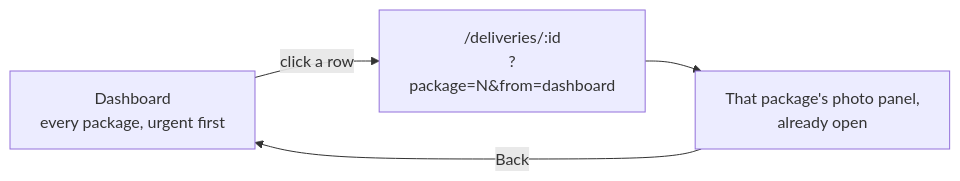
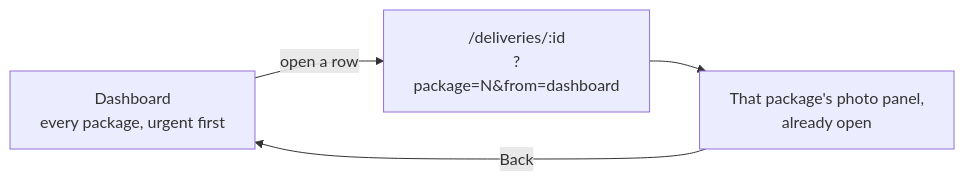
Before and after one commit to OmriGawi/package-protection: the fifth of 6 diagrams in docs/user-flows.md, drawn with Mermaid. The commit also changed other lines of this file and 13 other files, not shown here.

````diff
--- a/docs/user-flows.md
+++ b/docs/user-flows.md
@@ -118,6 +126,6 @@
 ```mermaid
 flowchart LR
-  A["Dashboard<br/>every package, urgent first"] -->|"click a row"| B["/deliveries/:id<br/>?package=N&from=dashboard"]
+  A["Dashboard<br/>every package, urgent first"] -->|"open a row"| B["/deliveries/:id<br/>?package=N&from=dashboard"]
   B --> C["That package's photo panel,<br/>already open"]
   C -->|"Back"| A
 ```
````
